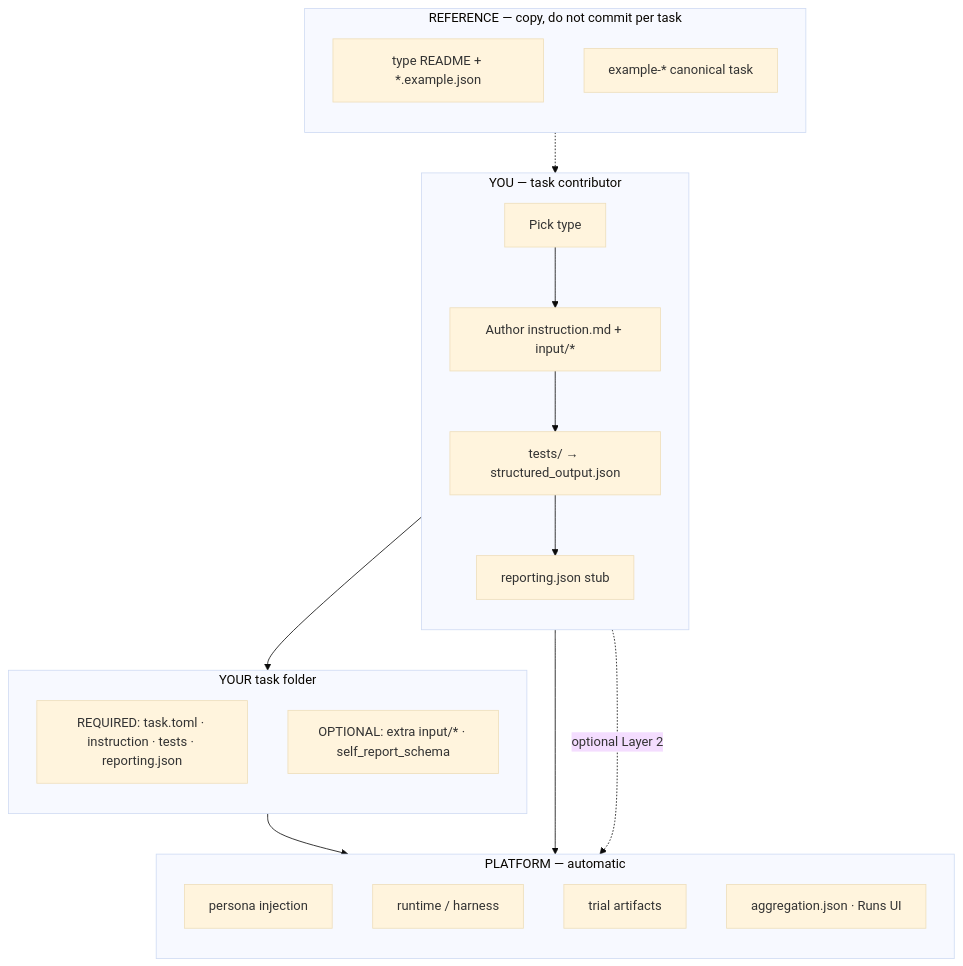
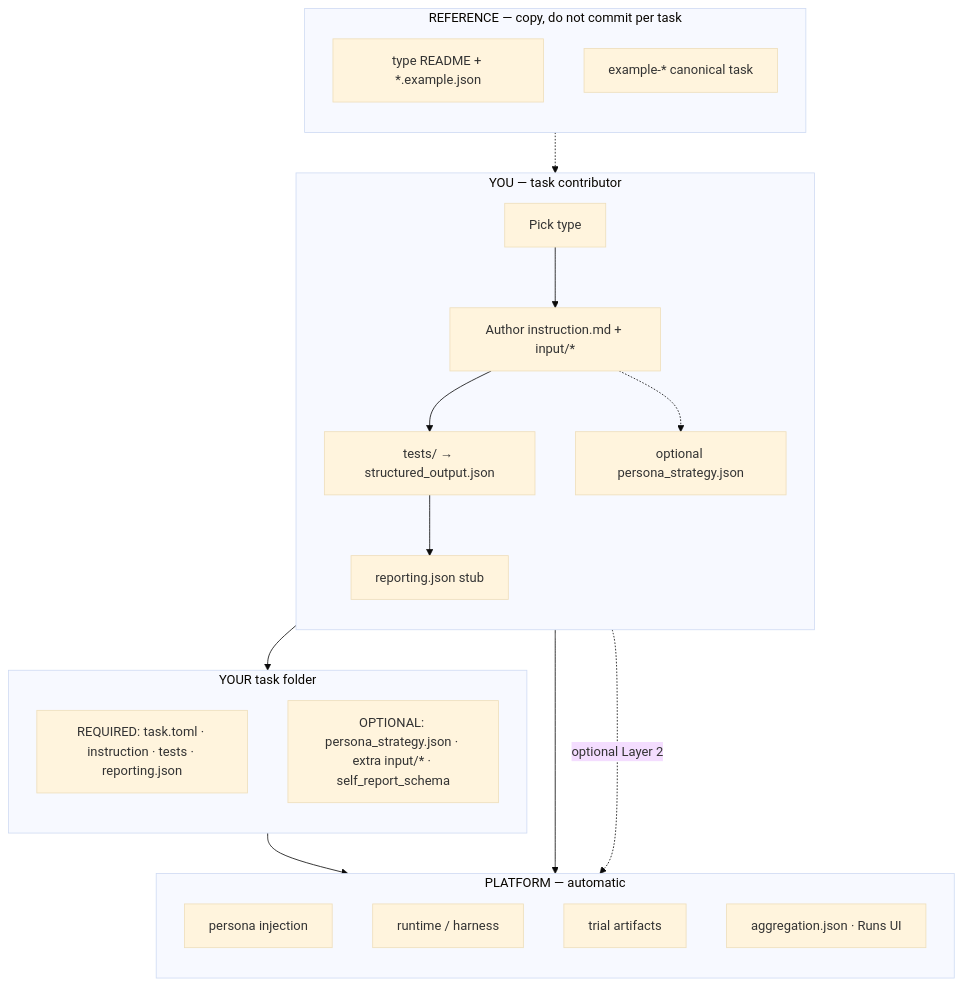
Before and after one commit to SakshamKapoor2911/MatrAIx: the first of 2 diagrams in application/task-spec/README.md, drawn with Mermaid (base theme). The commit also changed other lines of this file and 1 other file, not shown here.

First line of the commit message:
Document persona_strategy.json in the task-spec onboarding README.

````diff
--- a/application/task-spec/README.md
+++ b/application/task-spec/README.md
@@ -52,37 +53,39 @@
 ```mermaid
 flowchart TB
   subgraph YOU ["YOU — task contributor"]
     direction TB
     Y1["Pick type"]
     Y2["Author instruction.md + input/*"]
     Y3["tests/ → structured_output.json"]
     Y4["reporting.json stub"]
+    Y5["optional persona_strategy.json"]
     Y1 --> Y2 --> Y3 --> Y4
+    Y2 -.-> Y5
   end
 
   subgraph TASK ["YOUR task folder"]
     direction TB
     T_REQ["REQUIRED: task.toml · instruction · tests · reporting.json"]
-    T_OPT["OPTIONAL: extra input/* · self_report_schema"]
+    T_OPT["OPTIONAL: persona_strategy.json · extra input/* · self_report_schema"]
   end
 
   subgraph PLATFORM ["PLATFORM — automatic"]
     direction TB
     P1["persona injection"]
     P2["runtime / harness"]
     P3["trial artifacts"]
     P4["aggregation.json · Runs UI"]
   end
 
   subgraph REF ["REFERENCE — copy, do not commit per task"]
     direction TB
     R1["type README + *.example.json"]
     R2["example-* canonical task"]
   end
 
   YOU --> TASK
   TASK --> PLATFORM
   Y3 --> P4
   Y4 -.->|"optional Layer 2"| P4
   REF -.-> YOU
 ```
````
